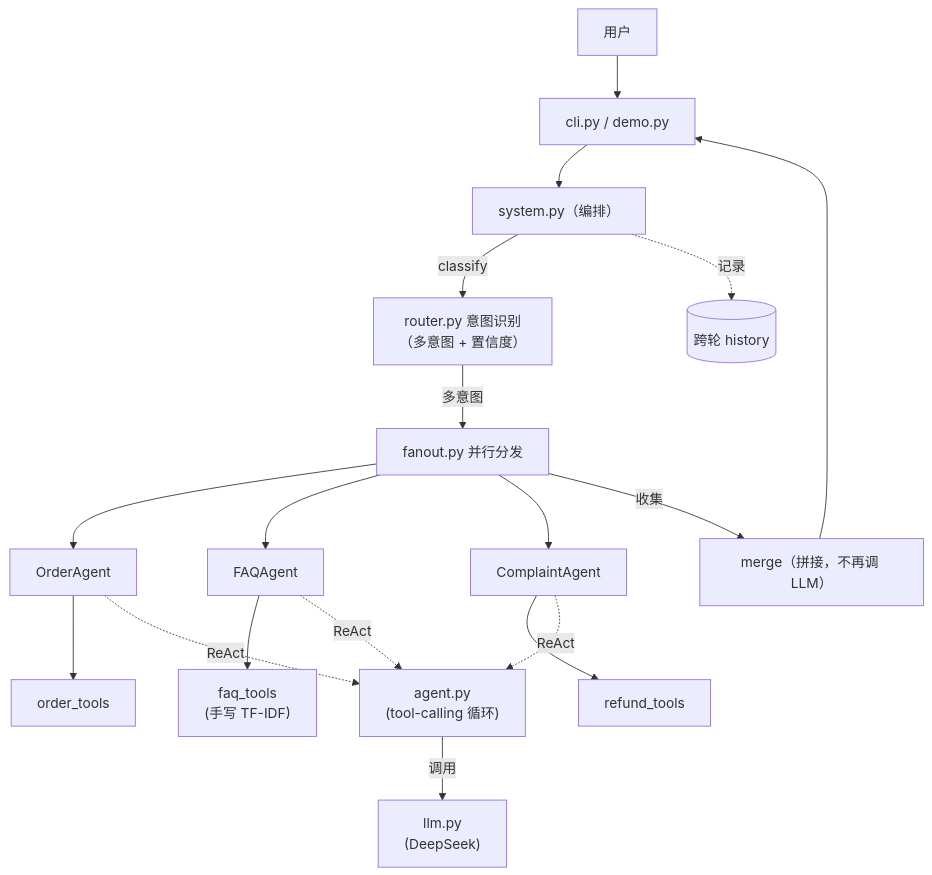
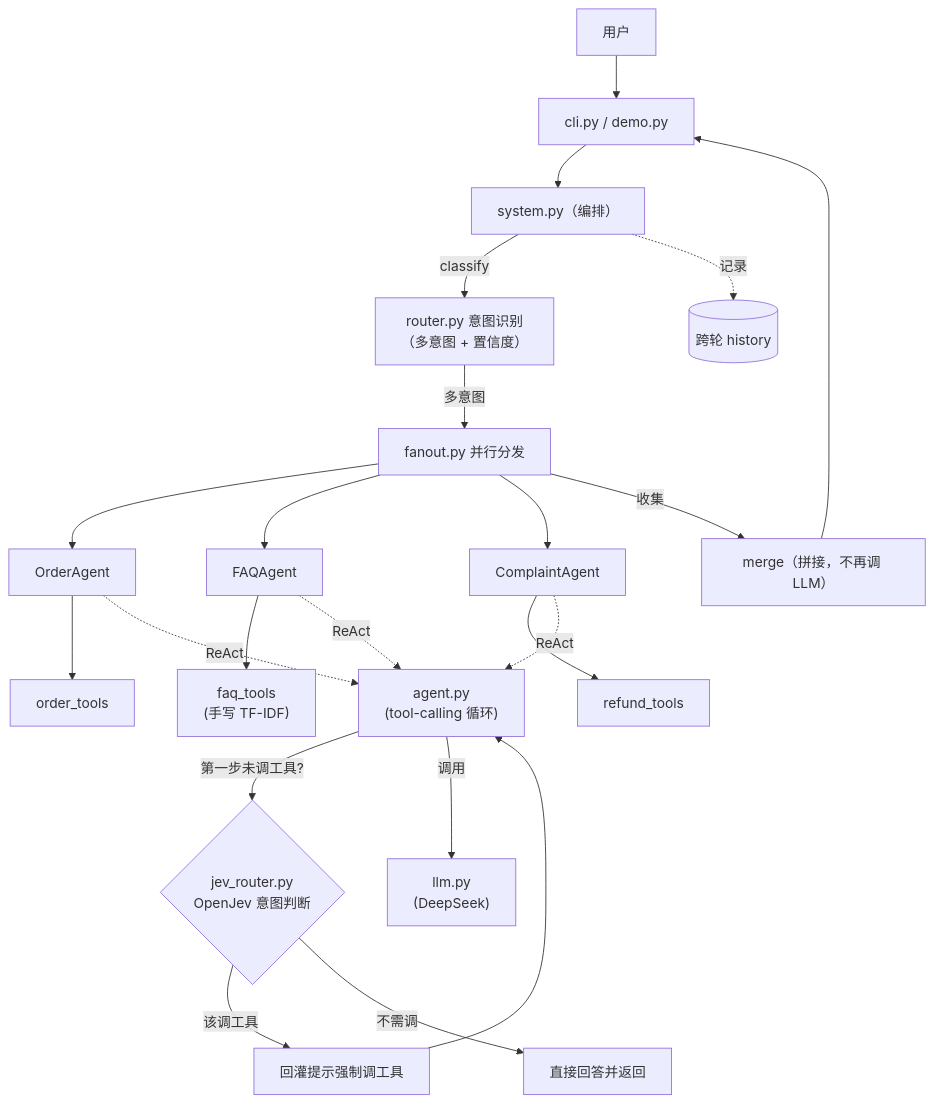
One commit to AercherC/jev-multi-agent-system changed the diagram in docs/architecture.md. Above: the diagram before and after it, drawn with Mermaid. The commit also changed other lines of this file and 2 other files, not shown here.

Commit message:
docs: update eval numbers to real measured results and document OpenJev intent-judgment flow

````diff
--- a/docs/architecture.md
+++ b/docs/architecture.md
@@ -5,18 +5,22 @@
 ```mermaid
 graph TD
     U[用户] --> CLI["cli.py / demo.py"]
     CLI --> SYS["system.py（编排）"]
     SYS -->|classify| R["router.py 意图识别<br/>（多意图 + 置信度）"]
     R -->|多意图| F["fanout.py 并行分发"]
     F --> OA[OrderAgent]
     F --> FA[FAQAgent]
     F --> CA[ComplaintAgent]
     OA --> OT[order_tools]
     FA --> FT["faq_tools<br/>(手写 TF-IDF)"]
     CA --> RT[refund_tools]
     OA & FA & CA -.ReAct.-> AG["agent.py<br/>(tool-calling 循环)"]
+    AG -->|第一步未调工具?| JEV{"jev_router.py<br/>OpenJev 意图判断"}
+    JEV -->|该调工具| RETRY["回灌提示强制调工具"]
+    RETRY --> AG
+    JEV -->|不需调| ANS["直接回答并返回"]
     AG -->|调用| LLM["llm.py<br/>(DeepSeek)"]
     F -->|收集| M["merge（拼接，不再调 LLM）"]
     M --> CLI
     SYS -.记录.-> H[(跨轮 history)]
 ```
````
